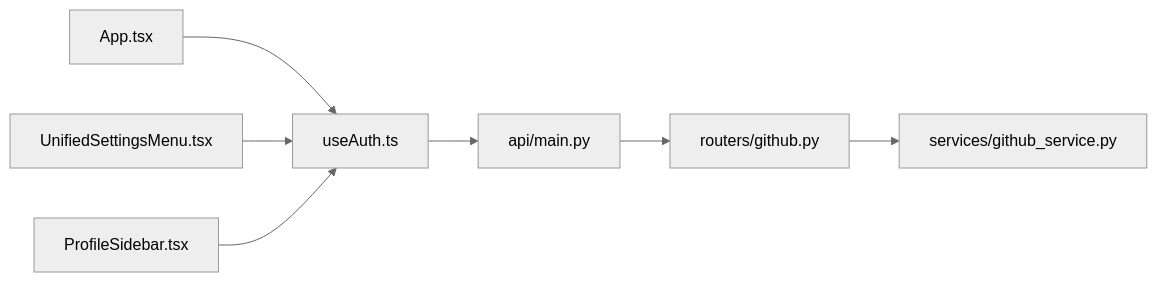
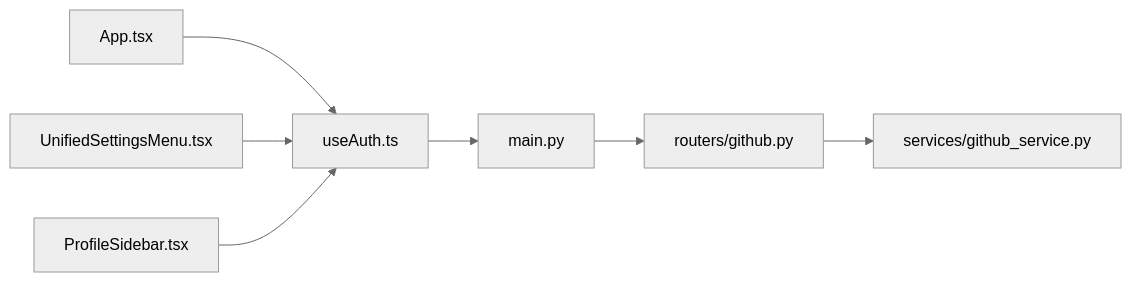
Before and after one commit to tashifkhan/tashif.codes: the seventh of 7 diagrams in src/data/docs/agentic-browser/Browser Extension/Authentication System.md, drawn with Mermaid (neutral theme). The commit also changed other lines of this file and 2128 other files, not shown here.

First line of the commit message:
docs: replace raster diagram images with native Mermaid across project guides

````diff
--- a/src/data/docs/agentic-browser/Browser Extension/Authentication System.md
+++ b/src/data/docs/agentic-browser/Browser Extension/Authentication System.md
@@ -193,9 +187,9 @@
 ```mermaid
 graph LR
-Hook["useAuth.ts"] --> Backend["api/main.py"]
+Hook["useAuth.ts"] --> Backend["main.py"]
 Backend --> Routers["routers/github.py"]
 Routers --> Service["services/github_service.py"]
 App["App.tsx"] --> Hook
 Settings["UnifiedSettingsMenu.tsx"] --> Hook
 Sidebar["ProfileSidebar.tsx"] --> Hook
 ```
````
